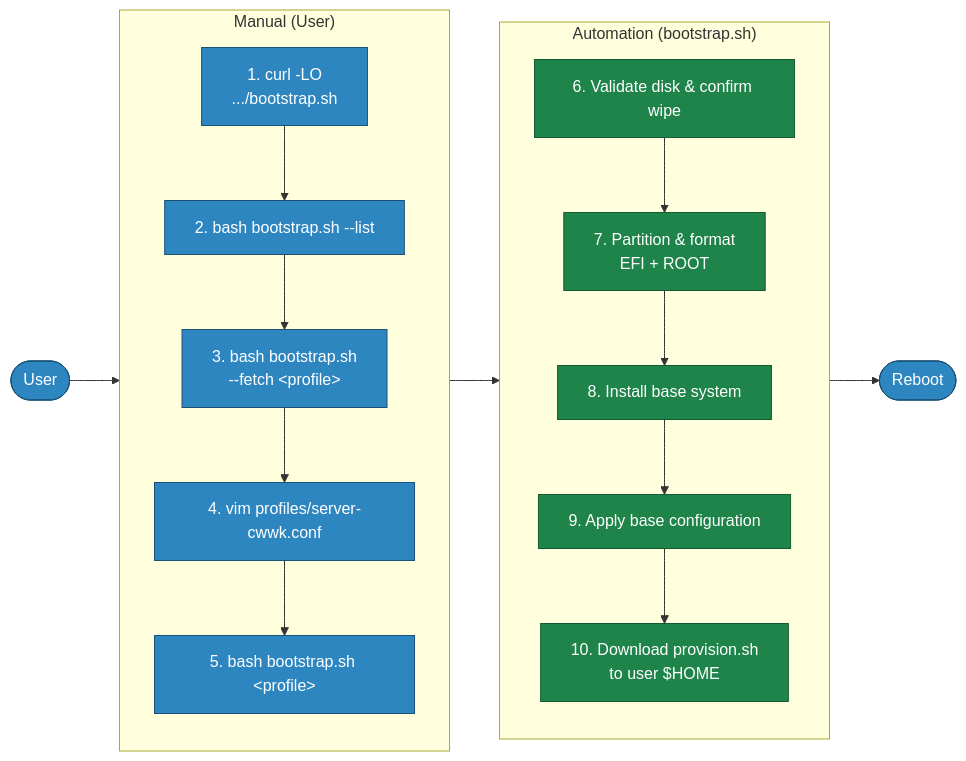
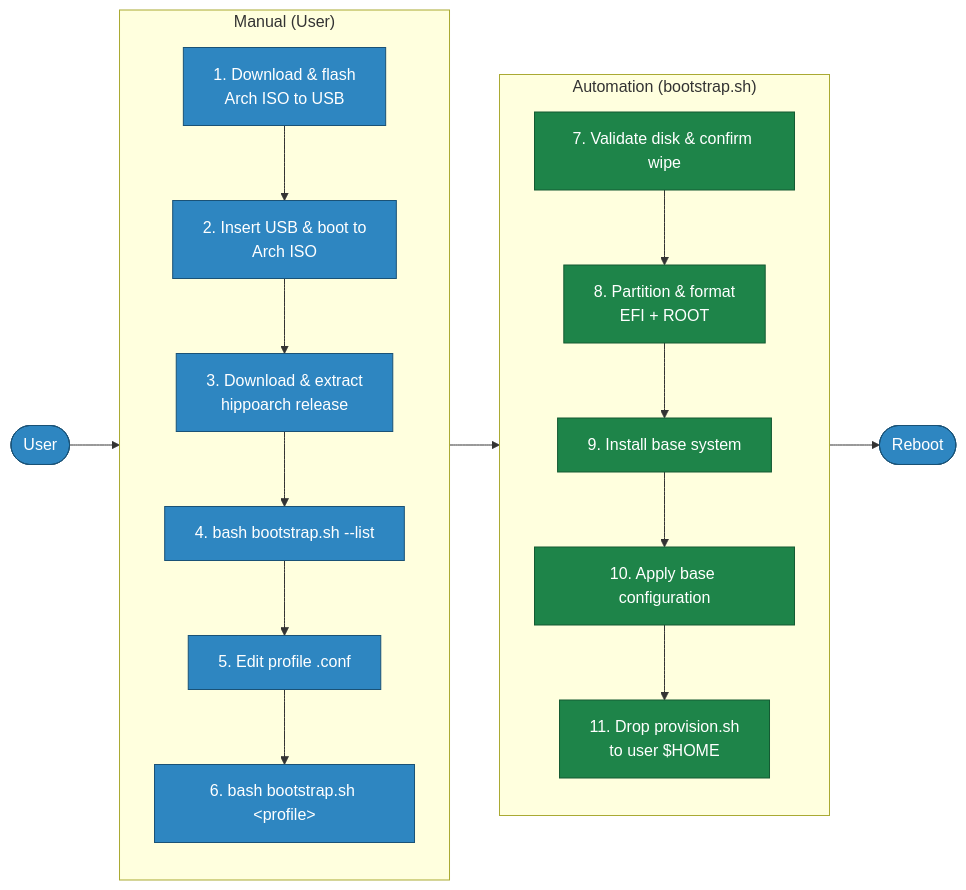
The first of 2 diagrams in README.md (hipponix/hippoarch), drawn with Mermaid before and after one commit. The commit also changed other lines of this file and 5 other files, not shown here.

````diff
--- a/README.md
+++ b/README.md
@@ -41,31 +31,32 @@
 ```mermaid
 flowchart LR
     classDef user fill:#2E86C1,stroke:#1A5276,color:#fff
     classDef auto fill:#1E8449,stroke:#145A32,color:#fff
 
     User(["User"]):::user
 
     subgraph usteps["Manual (User)"]
         direction TB
-        L1["1. curl -LO\n.../bootstrap.sh"]:::user
-        L2["2. bash bootstrap.sh --list"]:::user
-        L3["3. bash bootstrap.sh\n--fetch &lt;profile&gt;"]:::user
-        L4["4. vim profiles/server-cwwk.conf"]:::user
-        L5["5. bash bootstrap.sh &lt;profile&gt;"]:::user
-        L1 --> L2 --> L3 --> L4 --> L5
+        Lpre["1. Download & flash\nArch ISO to USB"]:::user
+        L0["2. Insert USB & boot to\nArch ISO"]:::user
+        L1["3. Download & extract\nhippoarch release"]:::user
+        L2["4. bash bootstrap.sh --list"]:::user
+        L3["5. Edit profile .conf"]:::user
+        L4["6. bash bootstrap.sh &lt;profile&gt;"]:::user
+        Lpre --> L0 --> L1 --> L2 --> L3 --> L4
     end
 
     subgraph asteps["Automation (bootstrap.sh)"]
         direction TB
-        B1["6. Validate disk & confirm wipe"]:::auto
-        B2["7. Partition & format\nEFI + ROOT"]:::auto
-        B3["8. Install base system"]:::auto
-        B4["9. Apply base configuration"]:::auto
-        B5["10. Download provision.sh\nto user $HOME"]:::auto
+        B1["7. Validate disk & confirm wipe"]:::auto
+        B2["8. Partition & format\nEFI + ROOT"]:::auto
+        B3["9. Install base system"]:::auto
+        B4["10. Apply base configuration"]:::auto
+        B5["11. Drop provision.sh\nto user $HOME"]:::auto
         B1 --> B2 --> B3 --> B4 --> B5
     end
 
     Reboot(["Reboot"]):::user
 
     User --> usteps --> asteps --> Reboot
 ```
````
